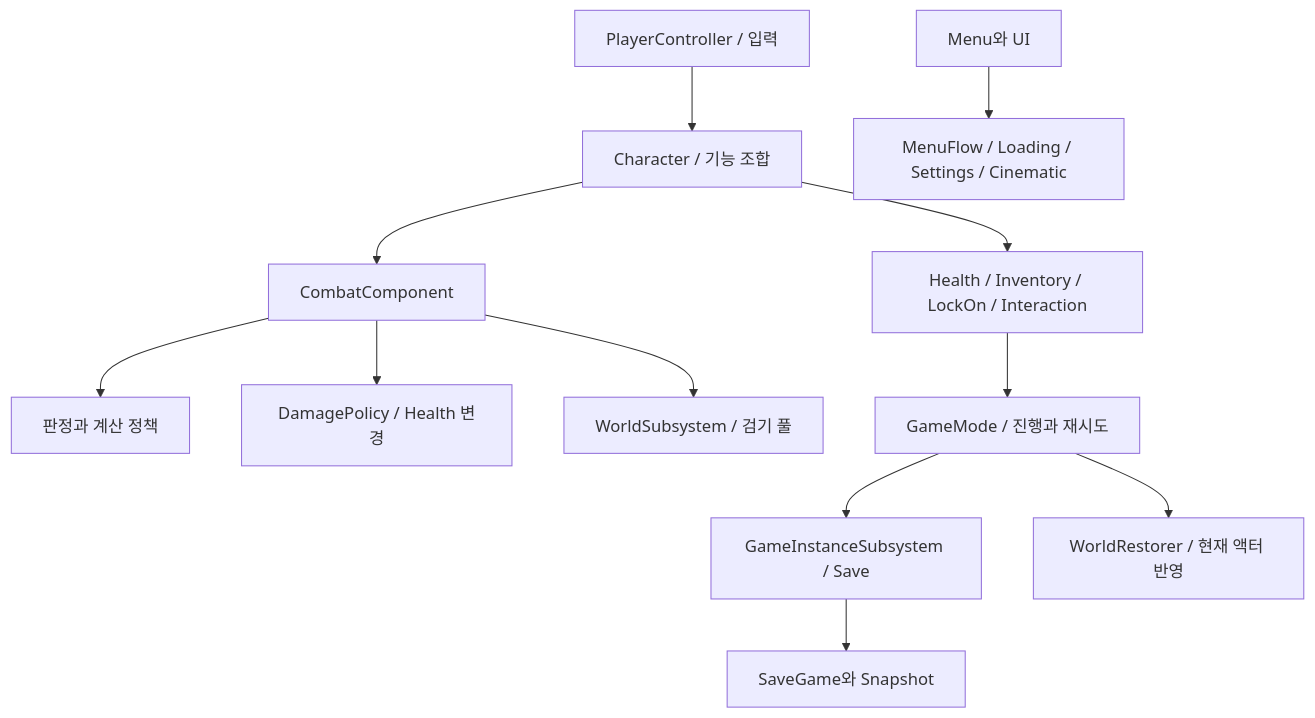
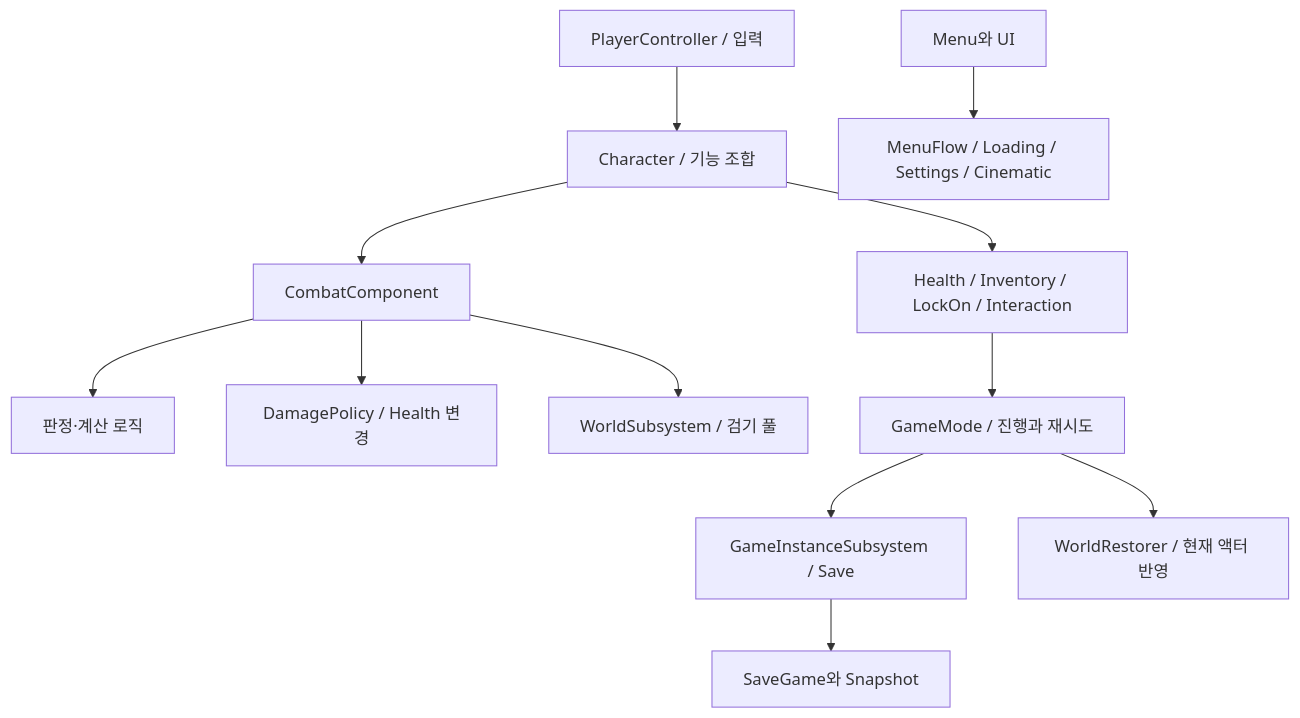
Before and after one commit to KangWooKim/Aetherfall: the second of 2 diagrams in Docs/03_Technical/ProjectOverview.md, drawn with Mermaid. The commit also changed other lines of this file and 3 other files, not shown here.

````diff
--- a/Docs/03_Technical/ProjectOverview.md
+++ b/Docs/03_Technical/ProjectOverview.md
@@ -41,14 +41,14 @@
 ```mermaid
 flowchart TD
     Input[PlayerController / 입력] --> Character[Character / 기능 조합]
     Character --> Combat[CombatComponent]
     Character --> Other[Health / Inventory / LockOn / Interaction]
-    Combat --> Policy[판정과 계산 정책]
+    Combat --> Policy[판정·계산 로직]
     Combat --> Damage[DamagePolicy / Health 변경]
     Combat --> Pool[WorldSubsystem / 검기 풀]
     Other --> Mode[GameMode / 진행과 재시도]
     Mode --> Save[GameInstanceSubsystem / Save]
     Save --> Snapshot[SaveGame와 Snapshot]
     Mode --> Restore[WorldRestorer / 현재 액터 반영]
     Menu[Menu와 UI] --> Services[MenuFlow / Loading / Settings / Cinematic]
 ```
````
